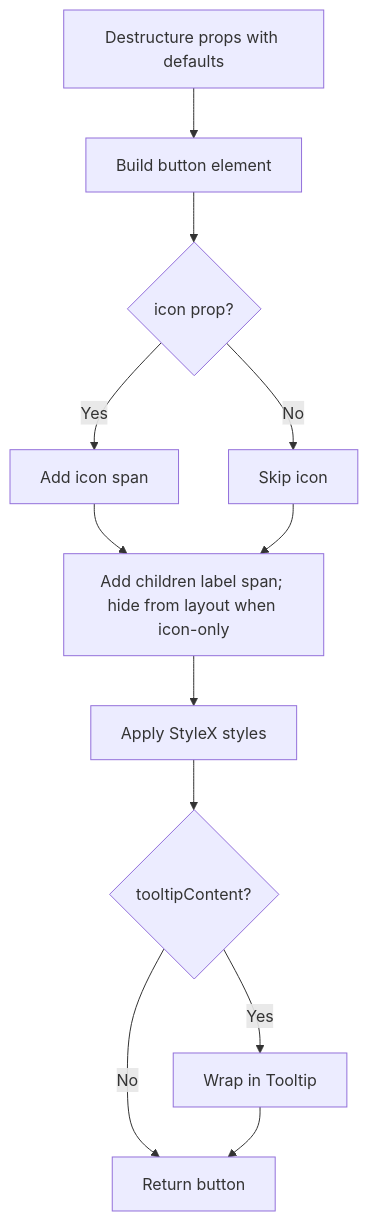
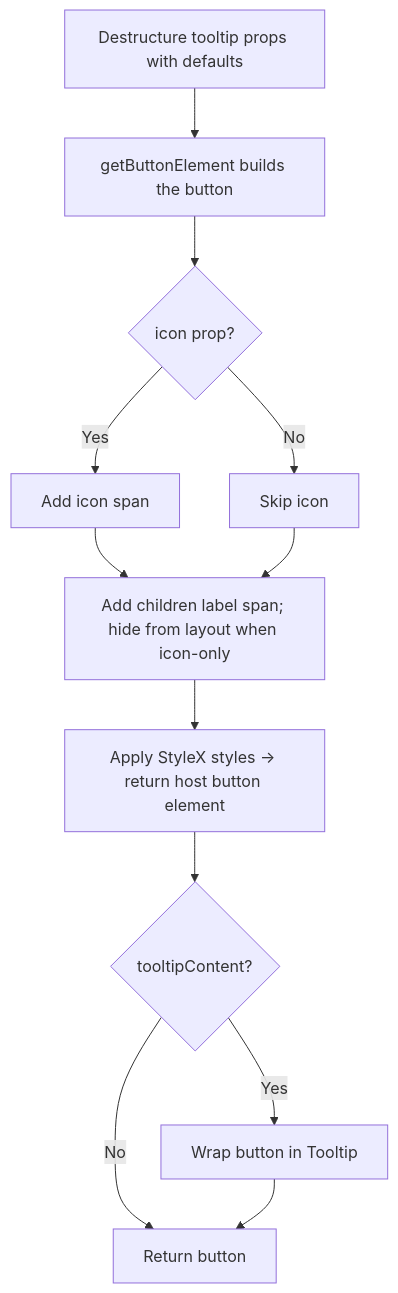
One commit to luciocabrera/lcabrera-stack changed the second of 3 diagrams in packages/ui/src/components/Button/ARCHITECTURE.md. Above: the diagram before and after it, drawn with Mermaid. The commit also changed other lines of this file and 6 other files, not shown here.

````diff
--- a/packages/ui/src/components/Button/ARCHITECTURE.md
+++ b/packages/ui/src/components/Button/ARCHITECTURE.md
@@ -29,14 +42,14 @@
 ```mermaid
 graph TD
-  A[Destructure props with defaults] --> B[Build button element]
+  A[Destructure tooltip props with defaults] --> B[getButtonElement builds the button]
   B --> C{icon prop?}
   C -- Yes --> D[Add icon span]
   C -- No --> E[Skip icon]
   D --> F[Add children label span; hide from layout when icon-only]
   E --> F
-  F --> G[Apply StyleX styles]
+  F --> G[Apply StyleX styles → return host button element]
   G --> H{tooltipContent?}
-  H -- Yes --> I[Wrap in Tooltip]
+  H -- Yes --> I[Wrap button in Tooltip]
   H -- No --> J[Return button]
   I --> J
 ```
````
